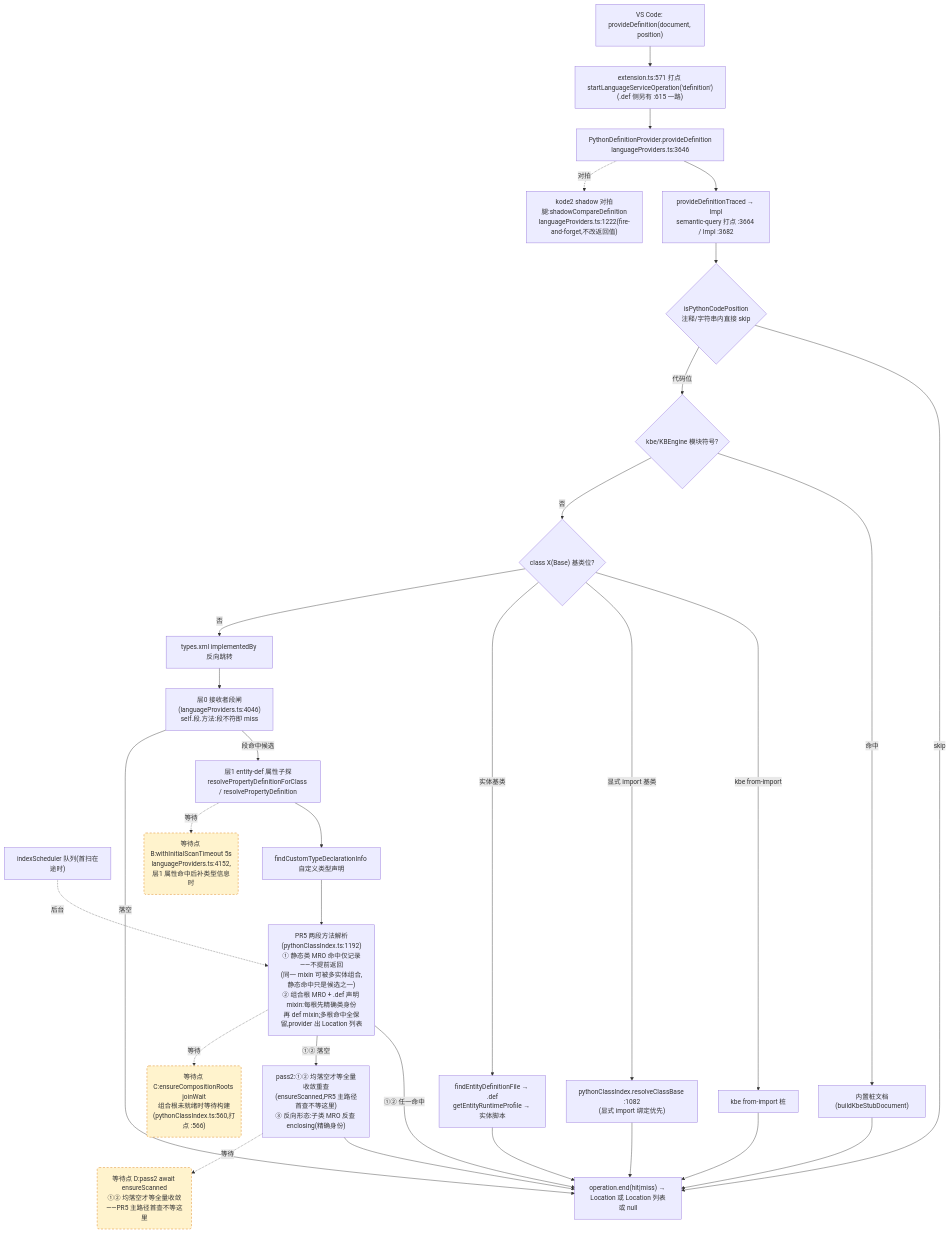
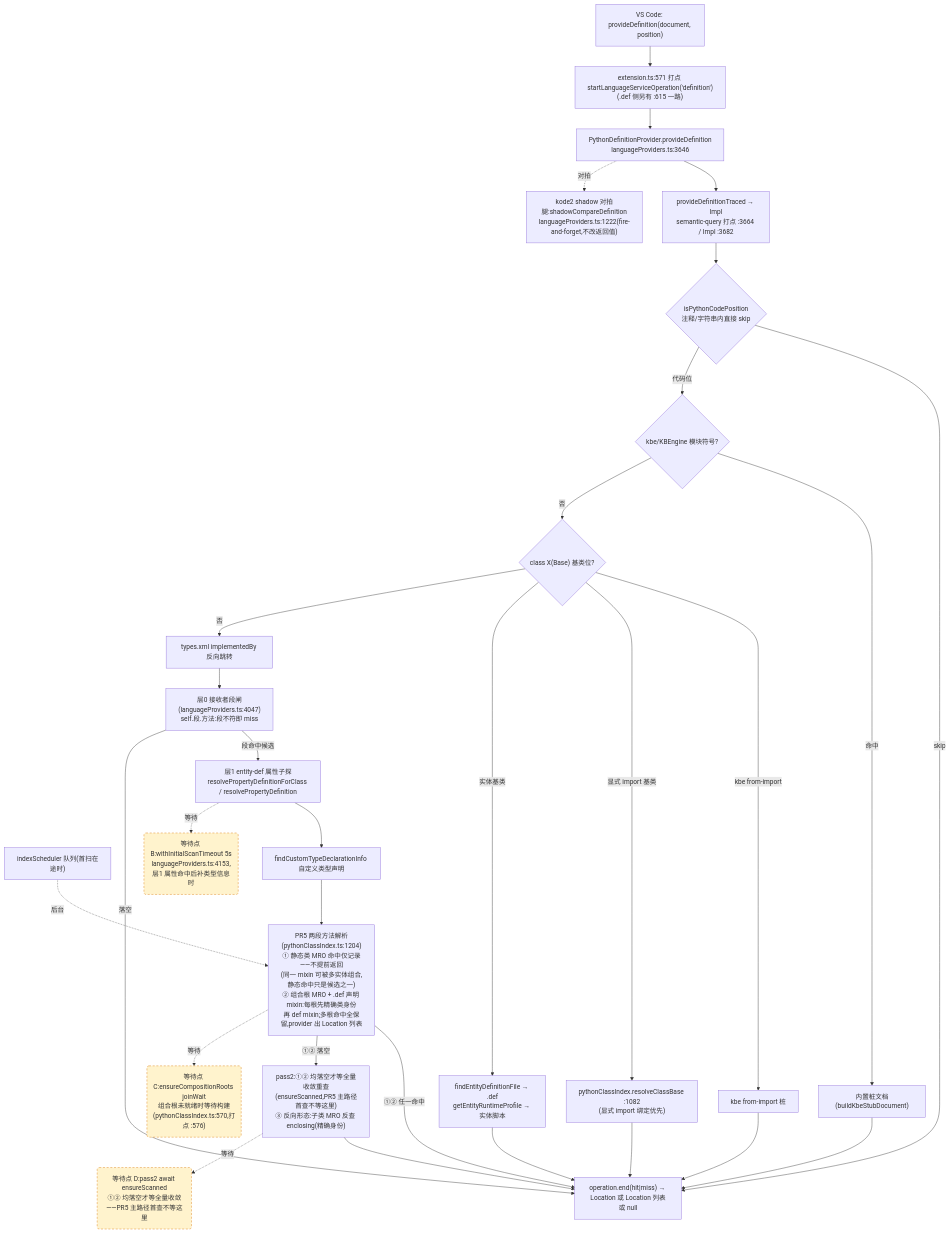
The second of 4 diagrams in docs/perf/2026-baseline.md (cuihairu/kode), drawn with Mermaid before and after one commit. The commit also changed other lines of this file and 4 other files, not shown here.

````diff
--- a/docs/perf/2026-baseline.md
+++ b/docs/perf/2026-baseline.md
@@ -130,51 +130,51 @@
 ```mermaid
 flowchart TD
   VC2["VS Code: provideDefinition(document, position)"]
   M2["extension.ts:571 打点 startLanguageServiceOperation('definition')<br/>(.def 侧另有 :615 一路)"]
   AD2["PythonDefinitionProvider.provideDefinition<br/>languageProviders.ts:3646"]
   TR["provideDefinitionTraced → Impl<br/>semantic-query 打点 :3664 / Impl :3682"]
   CTX{"isPythonCodePosition<br/>注释/字符串内直接 skip"}
   KBE{"kbe/KBEngine 模块符号?"}
   STUB["内置桩文档(buildKbeStubDocument)"]
   CB{"class X(Base) 基类位?"}
   CB1["kbe from-import 桩"]
   CB2["pythonClassIndex.resolveClassBase :1082<br/>(显式 import 绑定优先)"]
   CB3["findEntityDefinitionFile → .def<br/>getEntityRuntimeProfile → 实体脚本"]
   REV["types.xml implementedBy 反向跳转"]
-  L0["层0 接收者段闸(languageProviders.ts:4046)<br/>self.段.方法:段不符即 miss"]
+  L0["层0 接收者段闸(languageProviders.ts:4047)<br/>self.段.方法:段不符即 miss"]
   L1["层1 entity-def 属性子探<br/>resolvePropertyDefinitionForClass / resolvePropertyDefinition"]
   SCAN["indexScheduler 队列(首扫在途时)"]
   TY["findCustomTypeDeclarationInfo 自定义类型声明"]
-  MRO["PR5 两段方法解析(pythonClassIndex.ts:1192)<br/>① 静态类 MRO 命中仅记录——不提前返回<br/>(同一 mixin 可被多实体组合,静态命中只是候选之一)<br/>② 组合根 MRO + .def 声明 mixin:每根先精确类身份<br/>再 def mixin;多根命中全保留,provider 出 Location 列表"]
+  MRO["PR5 两段方法解析(pythonClassIndex.ts:1204)<br/>① 静态类 MRO 命中仅记录——不提前返回<br/>(同一 mixin 可被多实体组合,静态命中只是候选之一)<br/>② 组合根 MRO + .def 声明 mixin:每根先精确类身份<br/>再 def mixin;多根命中全保留,provider 出 Location 列表"]
   PASS2["pass2:①② 均落空才等全量收敛重查<br/>(ensureScanned,PR5 主路径首查不等这里)<br/>③ 反向形态:子类 MRO 反查 enclosing(精确身份)"]
   SHD["kode2 shadow 对拍腿:shadowCompareDefinition<br/>languageProviders.ts:1222(fire-and-forget,不改返回值)"]
   END2["operation.end(hit|miss) → Location 或 Location 列表或 null"]
 
   VC2 --> M2 --> AD2 --> TR --> CTX
   CTX -- "skip" --> END2
   CTX -- "代码位" --> KBE
   KBE -- "命中" --> STUB --> END2
   KBE -- "否" --> CB
   CB -- "kbe from-import" --> CB1 --> END2
   CB -- "显式 import 基类" --> CB2 --> END2
   CB -- "实体基类" --> CB3 --> END2
   CB -- "否" --> REV --> L0
   L0 -- "段命中候选" --> L1
   L0 -- "落空" --> END2
   L1 --> TY
   TY --> MRO
   MRO -- "①② 任一命中" --> END2
   MRO -- "①② 落空" --> PASS2 --> END2
   AD2 -.->|对拍| SHD
 
-  WAITB("等待点 B:withInitialScanTimeout 5s<br/>languageProviders.ts:4152,层1 属性命中后补类型信息时")
-  WAITC("等待点 C:ensureCompositionRoots joinWait<br/>组合根未就绪时等待构建(pythonClassIndex.ts:560,打点 :566)")
+  WAITB("等待点 B:withInitialScanTimeout 5s<br/>languageProviders.ts:4153,层1 属性命中后补类型信息时")
+  WAITC("等待点 C:ensureCompositionRoots joinWait<br/>组合根未就绪时等待构建(pythonClassIndex.ts:570,打点 :576)")
   WAITD("等待点 D:pass2 await ensureScanned<br/>①② 均落空才等全量收敛——PR5 主路径首查不等这里")
   L1 -.->|等待| WAITB
   MRO -.->|等待| WAITC
   PASS2 -.->|等待| WAITD
   SCAN -.->|后台| MRO
 
   classDef waitPoint fill:#fff3cd,stroke:#d97706,stroke-dasharray:5 4;
   class WAITB,WAITC,WAITD waitPoint;
 ```
````
